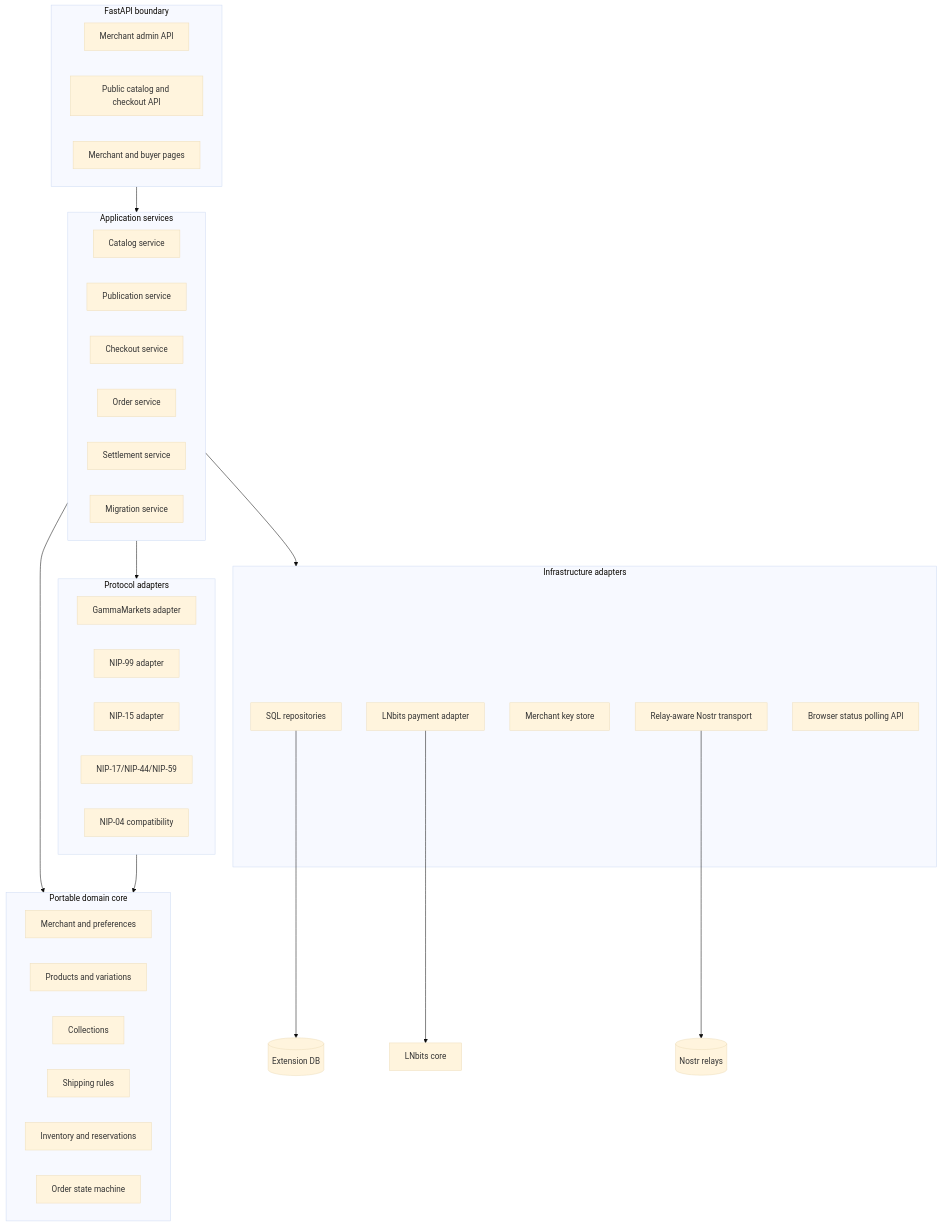
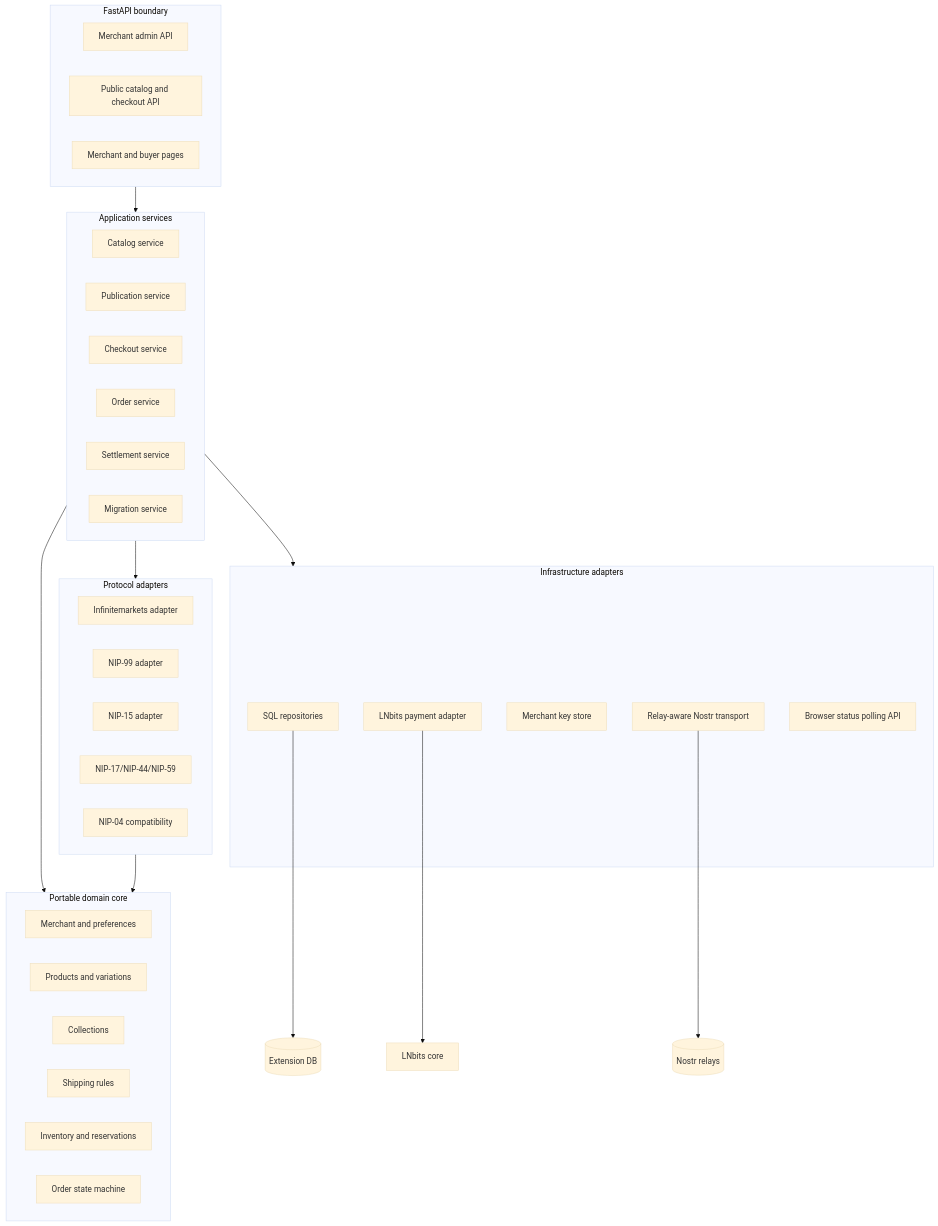
Before and after one commit to bitkarrot/gammamarkets: the second of 10 diagrams in docs/architecture-proposal.md, drawn with Mermaid (base theme). The commit also changed other lines of this file and 190 other files, not shown here.

````diff
--- a/docs/architecture-proposal.md
+++ b/docs/architecture-proposal.md
@@ -330,51 +330,51 @@
 ```mermaid
 flowchart TB
     subgraph HTTP[FastAPI boundary]
         AdminAPI[Merchant admin API]
         PublicAPI[Public catalog and checkout API]
         UI[Merchant and buyer pages]
     end
 
     subgraph Application[Application services]
         CatalogService[Catalog service]
         PublishService[Publication service]
         CheckoutService[Checkout service]
         OrderService[Order service]
         SettlementService[Settlement service]
         MigrationService[Migration service]
     end
 
     subgraph Domain[Portable domain core]
         MerchantModel[Merchant and preferences]
         ProductModel[Products and variations]
         CollectionModel[Collections]
         ShippingModel[Shipping rules]
         InventoryModel[Inventory and reservations]
         OrderModel[Order state machine]
     end
 
     subgraph Protocols[Protocol adapters]
-        GammaAdapter[GammaMarkets adapter]
+        GammaAdapter[Infinitemarkets adapter]
         NIP99Adapter[NIP-99 adapter]
         NIP15Adapter[NIP-15 adapter]
         NIP17Adapter[NIP-17/NIP-44/NIP-59]
         NIP04Adapter[NIP-04 compatibility]
     end
 
     subgraph Infrastructure[Infrastructure adapters]
         Repository[SQL repositories]
         PaymentAdapter[LNbits payment adapter]
         KeyStore[Merchant key store]
         RelayTransport[Relay-aware Nostr transport]
         StatusAPI[Browser status polling API]
     end
 
     HTTP --> Application
     Application --> Domain
     Application --> Protocols
     Application --> Infrastructure
     Protocols --> Domain
     Repository --> DB[(Extension DB)]
     PaymentAdapter --> Core[LNbits core]
     RelayTransport --> Nostr[(Nostr relays)]
 ```
````
